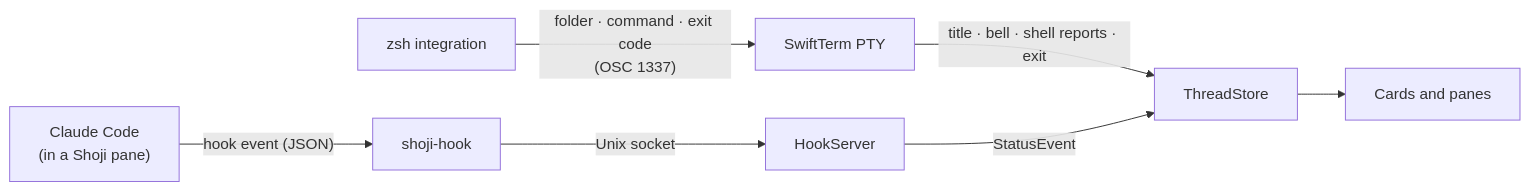
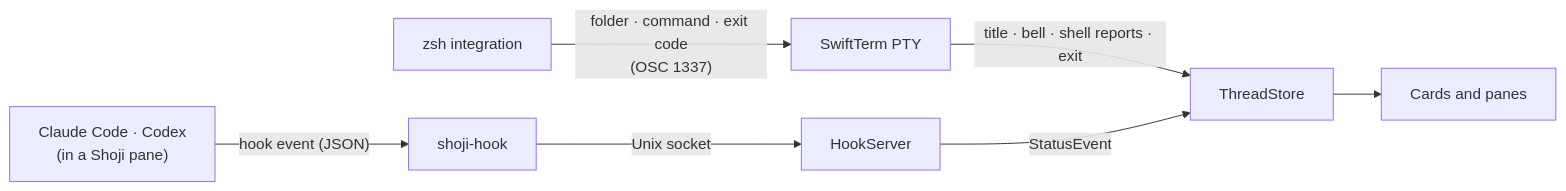
The diagram in README.md (yyyaaan/shoji), drawn with Mermaid before and after one commit. The commit also changed other lines of this file and 49 other files, not shown here.

First line of the commit message:
Pane control, ⌃Tab, Codex hooks, quiet finish (v0.3.0) (#3)

````diff
--- a/README.md
+++ b/README.md
@@ -86,9 +88,9 @@
 ```mermaid
 flowchart LR
-    CLI["Claude Code<br/>(in a Shoji pane)"] -- "hook event (JSON)" --> Hook["shoji-hook"]
+    CLI["Claude Code · Codex<br/>(in a Shoji pane)"] -- "hook event (JSON)" --> Hook["shoji-hook"]
     Hook -- "Unix socket" --> Server["HookServer"]
     Zsh["zsh integration"] -- "folder · command · exit code<br/>(OSC 1337)" --> PTY
     PTY["SwiftTerm PTY"] -- "title · bell · shell reports · exit" --> Store
     Server -- "StatusEvent" --> Store["ThreadStore"]
     Store --> UI["Cards and panes"]
 ```
````
